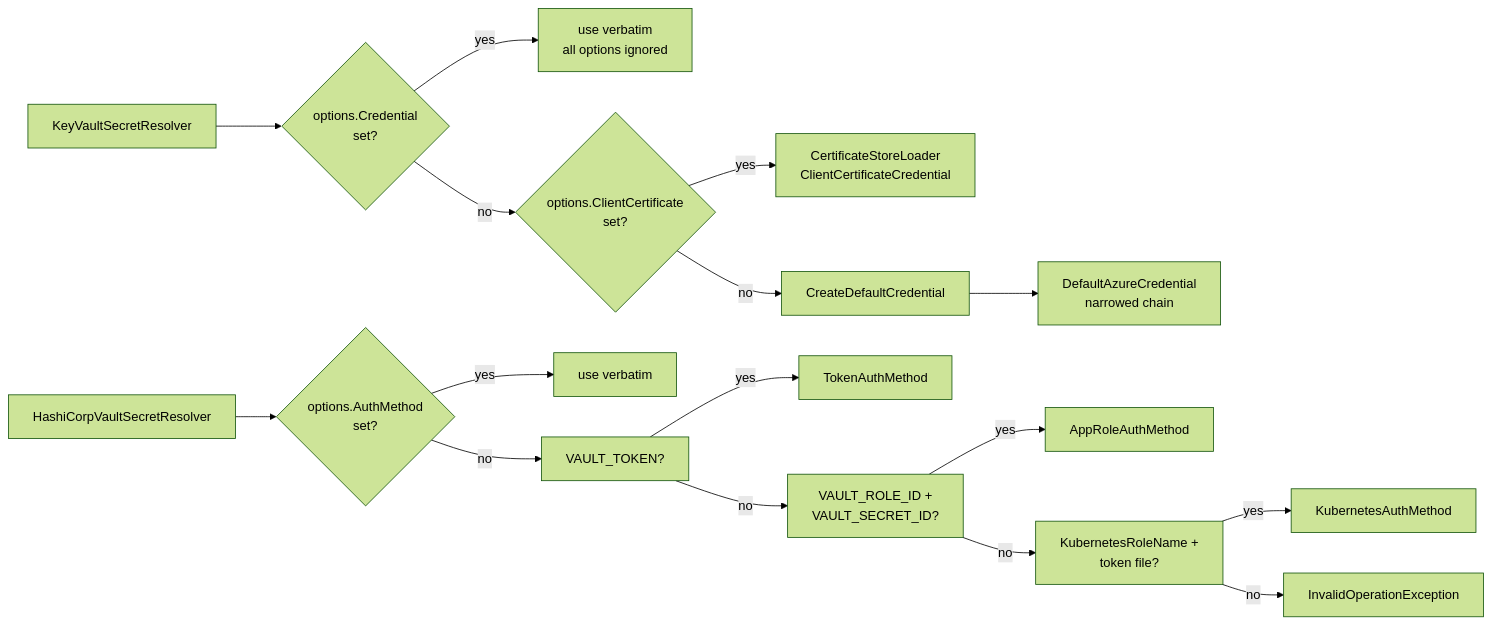
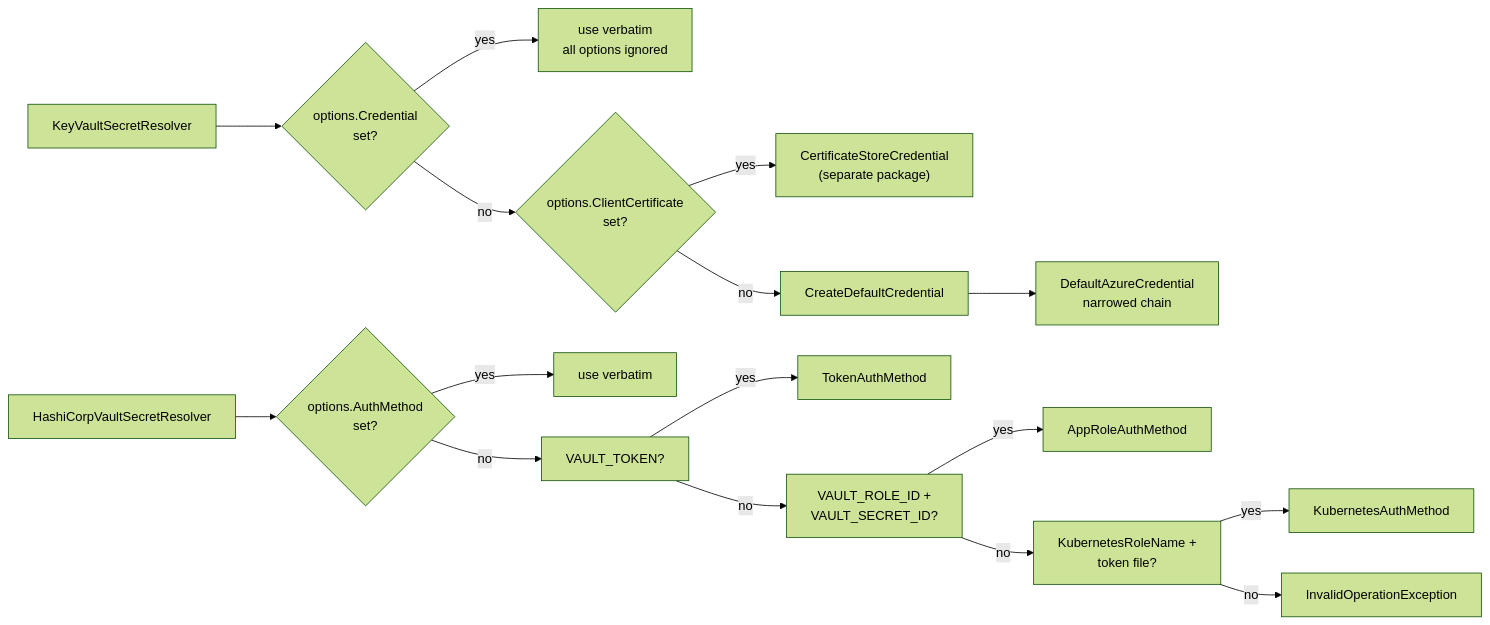
The diagram in docs/Features/Vault-Authentication-Methods.md (gijswalraven/KeyVaultReferenceResolver), drawn with Mermaid (forest theme) before and after one commit. The commit also changed other lines of this file and 37 other files, not shown here.

````diff
--- a/docs/Features/Vault-Authentication-Methods.md
+++ b/docs/Features/Vault-Authentication-Methods.md
@@ -13,18 +13,18 @@
 ```mermaid
 graph LR
     A["KeyVaultSecretResolver"] --> B{"options.Credential<br/>set?"}
     B -->|"yes"| C["use verbatim<br/>all options ignored"]
     B -->|"no"| P{"options.ClientCertificate<br/>set?"}
-    P -->|"yes"| Q["CertificateStoreLoader<br/>ClientCertificateCredential"]
+    P -->|"yes"| Q["CertificateStoreCredential<br/>(separate package)"]
     P -->|"no"| D["CreateDefaultCredential"]
     D --> E["DefaultAzureCredential<br/>narrowed chain"]
     F["HashiCorpVaultSecretResolver"] --> G{"options.AuthMethod<br/>set?"}
     G -->|"yes"| H["use verbatim"]
     G -->|"no"| I["VAULT_TOKEN?"]
     I -->|"yes"| J["TokenAuthMethod"]
     I -->|"no"| K["VAULT_ROLE_ID +<br/>VAULT_SECRET_ID?"]
     K -->|"yes"| L["AppRoleAuthMethod"]
     K -->|"no"| M["KubernetesRoleName +<br/>token file?"]
     M -->|"yes"| N["KubernetesAuthMethod"]
     M -->|"no"| O["InvalidOperationException"]
 ```
````
